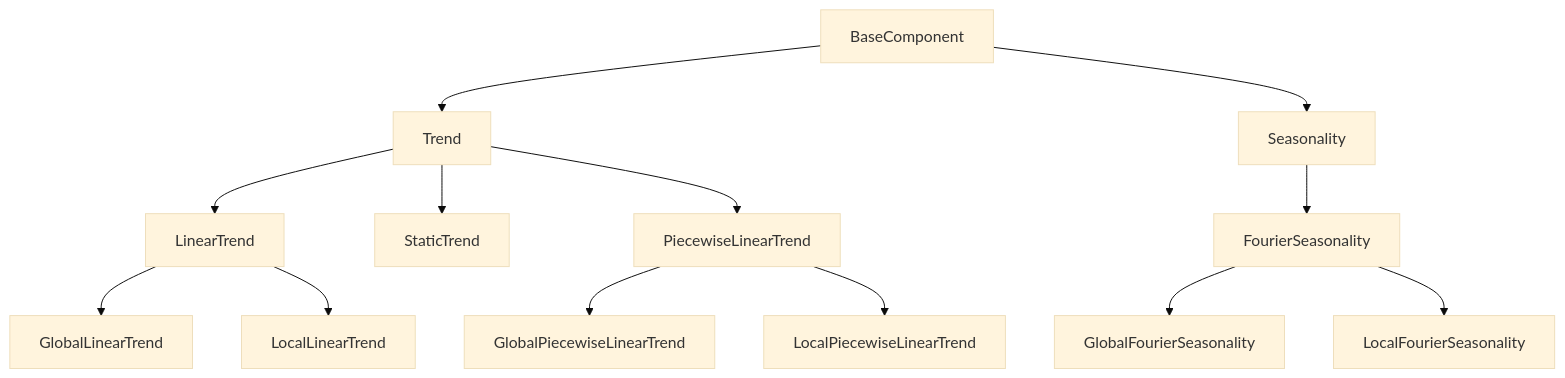
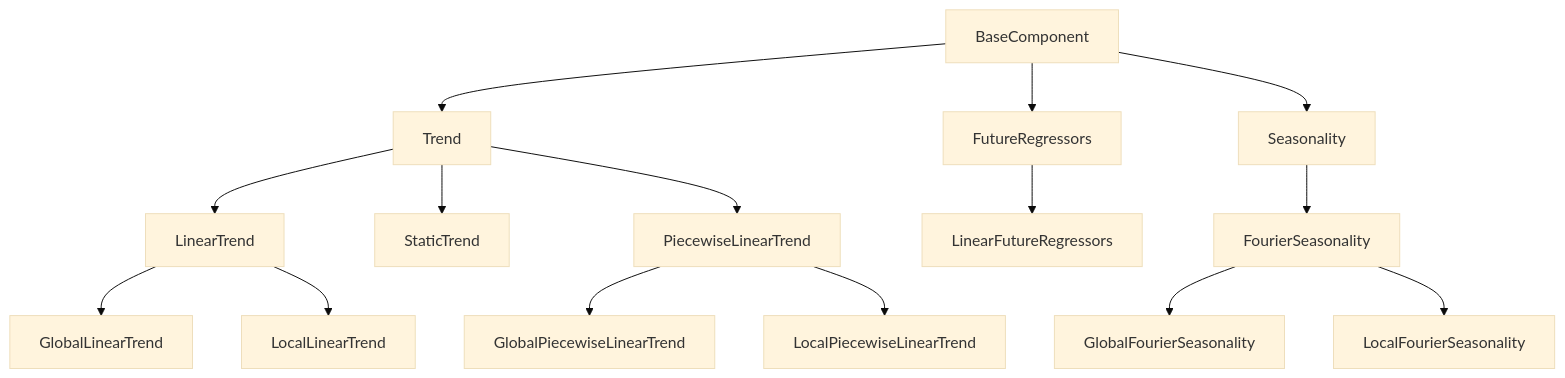
Before and after one commit to ourownstory/neural_prophet: the diagram in neuralprophet/components/README.md, drawn with Mermaid (base theme). The commit also changed 7 other files, not shown here.

First line of the commit message:
Future regressors modularization (#1144)

````diff
--- a/neuralprophet/components/README.md
+++ b/neuralprophet/components/README.md
@@ -4,15 +4,16 @@
 ```mermaid
 flowchart TD
     BaseComponent --> Trend
     Trend --> LinearTrend
     LinearTrend --> GlobalLinearTrend
     LinearTrend --> LocalLinearTrend
     Trend --> StaticTrend
     Trend --> PiecewiseLinearTrend
     PiecewiseLinearTrend --> GlobalPiecewiseLinearTrend
     PiecewiseLinearTrend --> LocalPiecewiseLinearTrend
+    BaseComponent --> FutureRegressors --> LinearFutureRegressors
     BaseComponent --> Seasonality
     Seasonality --> FourierSeasonality
     FourierSeasonality --> GlobalFourierSeasonality
     FourierSeasonality --> LocalFourierSeasonality
 ```
````
